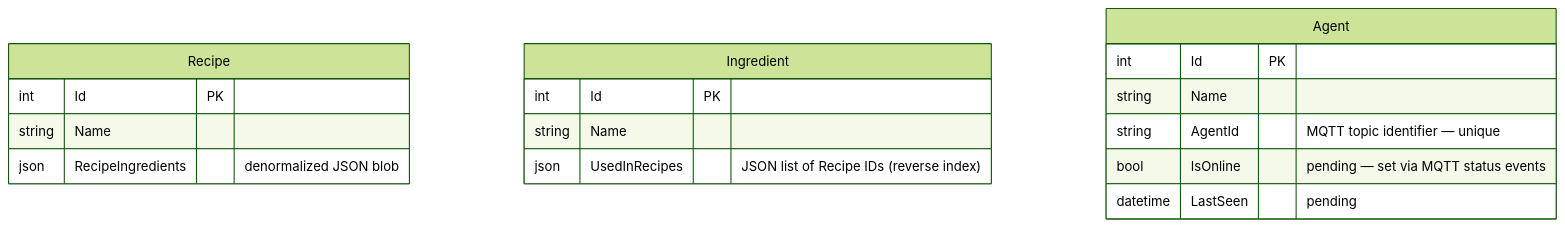
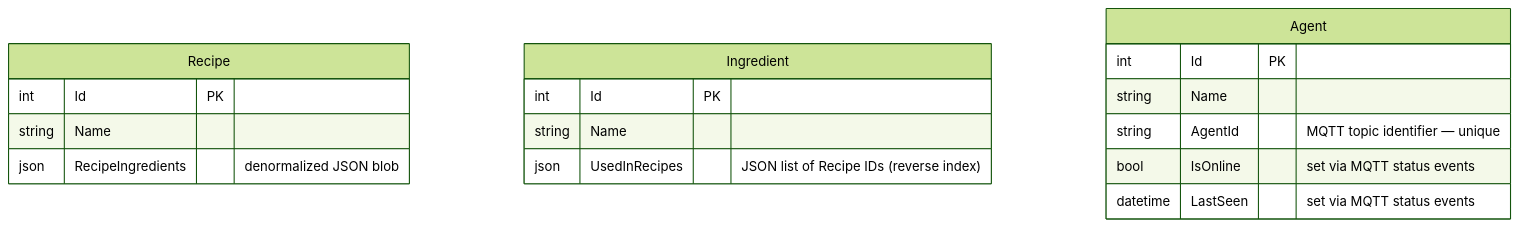
One commit to codeiakofficial/cocktailmaker changed the sixth of 6 diagrams in docs/architecture.md. Above: the diagram before and after it, drawn with Mermaid (forest theme). The commit also changed other lines of this file and 9 other files, not shown here.

````diff
--- a/docs/architecture.md
+++ b/docs/architecture.md
@@ -102,20 +102,20 @@
 ```mermaid
 erDiagram
     Recipe {
         int     Id                  PK
         string  Name
         json    RecipeIngredients   "denormalized JSON blob"
     }
     Ingredient {
         int     Id              PK
         string  Name
         json    UsedInRecipes   "JSON list of Recipe IDs (reverse index)"
     }
     Agent {
         int     Id          PK
         string  Name
         string  AgentId     "MQTT topic identifier — unique"
-        bool    IsOnline    "pending — set via MQTT status events"
-        datetime LastSeen   "pending"
+        bool    IsOnline    "set via MQTT status events"
+        datetime LastSeen   "set via MQTT status events"
     }
 ```
````
